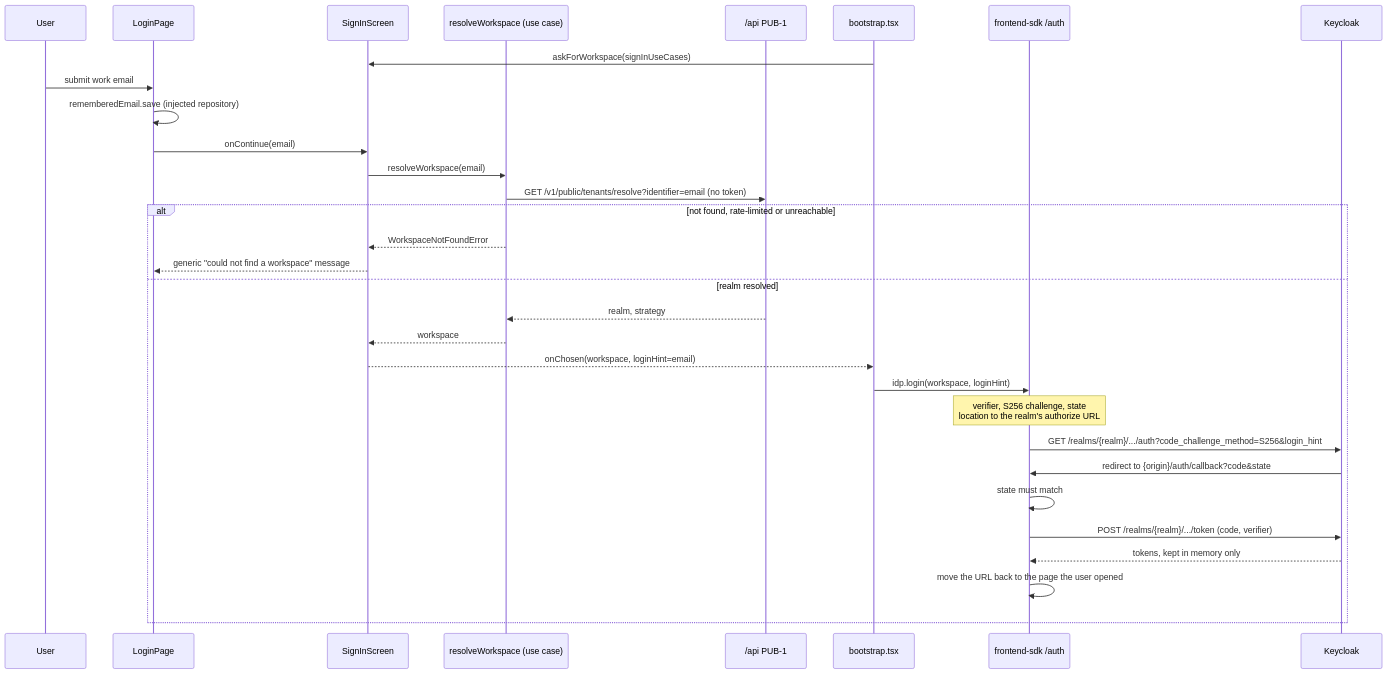
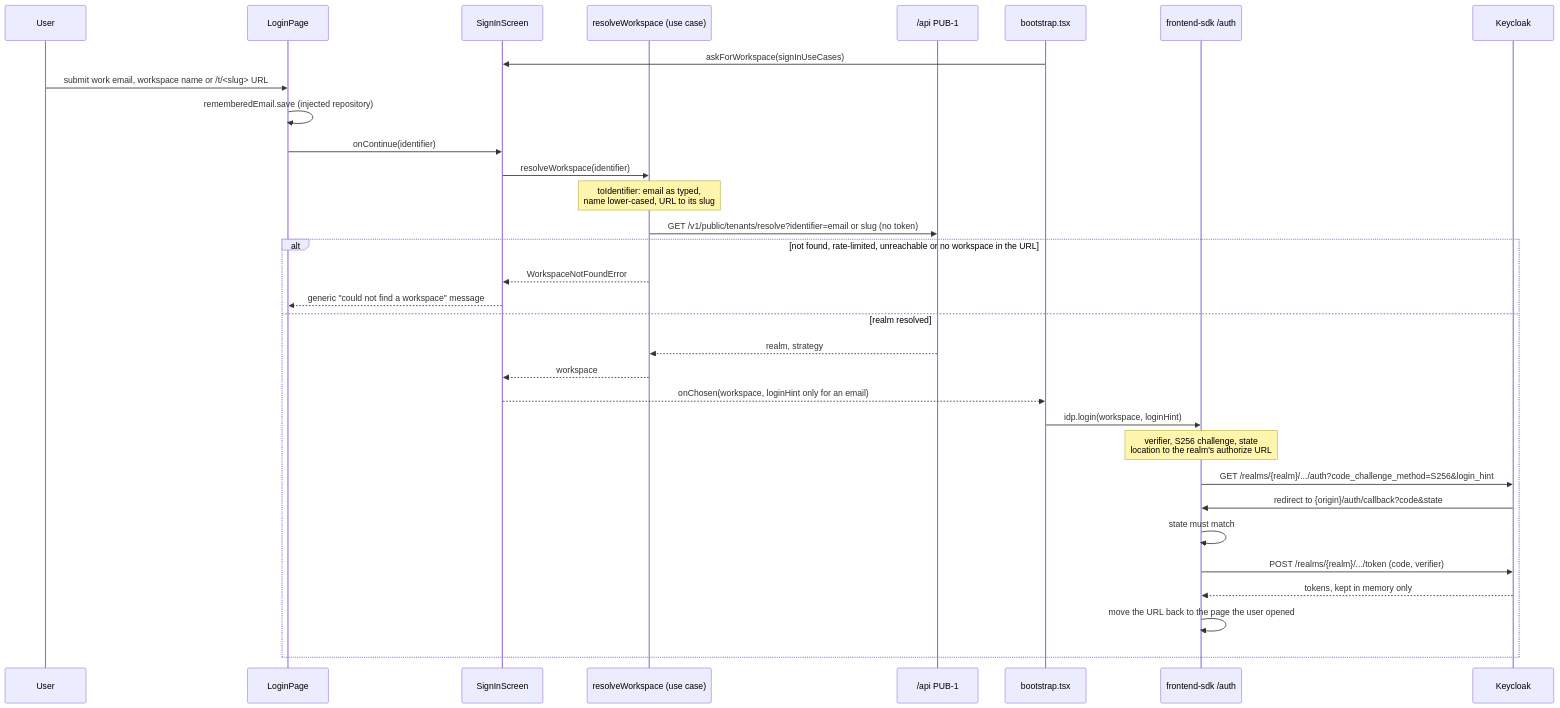
One commit to BCBP-SOLUTIONS-FZC-LLC/web-shell changed the fourth of 11 diagrams in ARCHITECTURE.md. Above: the diagram before and after it, drawn with Mermaid. The commit also changed other lines of this file and 36 other files, not shown here.

First line of the commit message:
Let the sign-in box take a workspace name or URL, and add the IAM screens' UI permissions (#74)

````diff
--- a/ARCHITECTURE.md
+++ b/ARCHITECTURE.md
@@ -276,34 +276,35 @@
 ```mermaid
 sequenceDiagram
     participant User
     participant Login as LoginPage
     participant Screens as SignInScreen
     participant UC as resolveWorkspace (use case)
     participant IAM as /api PUB-1
     participant Boot as bootstrap.tsx
     participant SDK as frontend-sdk /auth
     participant KC as Keycloak
 
     Boot->>Screens: askForWorkspace(signInUseCases)
-    User->>Login: submit work email
+    User->>Login: submit work email, workspace name or /t/<slug> URL
     Login->>Login: rememberedEmail.save (injected repository)
-    Login->>Screens: onContinue(email)
-    Screens->>UC: resolveWorkspace(email)
-    UC->>IAM: GET /v1/public/tenants/resolve?identifier=email (no token)
-    alt not found, rate-limited or unreachable
+    Login->>Screens: onContinue(identifier)
+    Screens->>UC: resolveWorkspace(identifier)
+    Note over UC: toIdentifier: email as typed,<br/>name lower-cased, URL to its slug
+    UC->>IAM: GET /v1/public/tenants/resolve?identifier=email or slug (no token)
+    alt not found, rate-limited, unreachable or no workspace in the URL
         UC-->>Screens: WorkspaceNotFoundError
         Screens-->>Login: generic "could not find a workspace" message
     else realm resolved
         IAM-->>UC: realm, strategy
         UC-->>Screens: workspace
-        Screens-->>Boot: onChosen(workspace, loginHint=email)
+        Screens-->>Boot: onChosen(workspace, loginHint only for an email)
         Boot->>SDK: idp.login(workspace, loginHint)
         Note over SDK: verifier, S256 challenge, state<br/>location to the realm's authorize URL
         SDK->>KC: GET /realms/{realm}/.../auth?code_challenge_method=S256&login_hint
         KC->>SDK: redirect to {origin}/auth/callback?code&state
         SDK->>SDK: state must match
         SDK->>KC: POST /realms/{realm}/.../token (code, verifier)
         KC-->>SDK: tokens, kept in memory only
         SDK->>SDK: move the URL back to the page the user opened
     end
 ```
````
